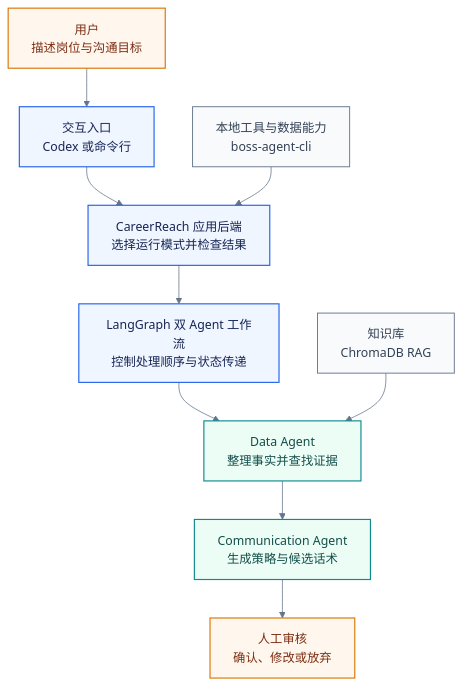
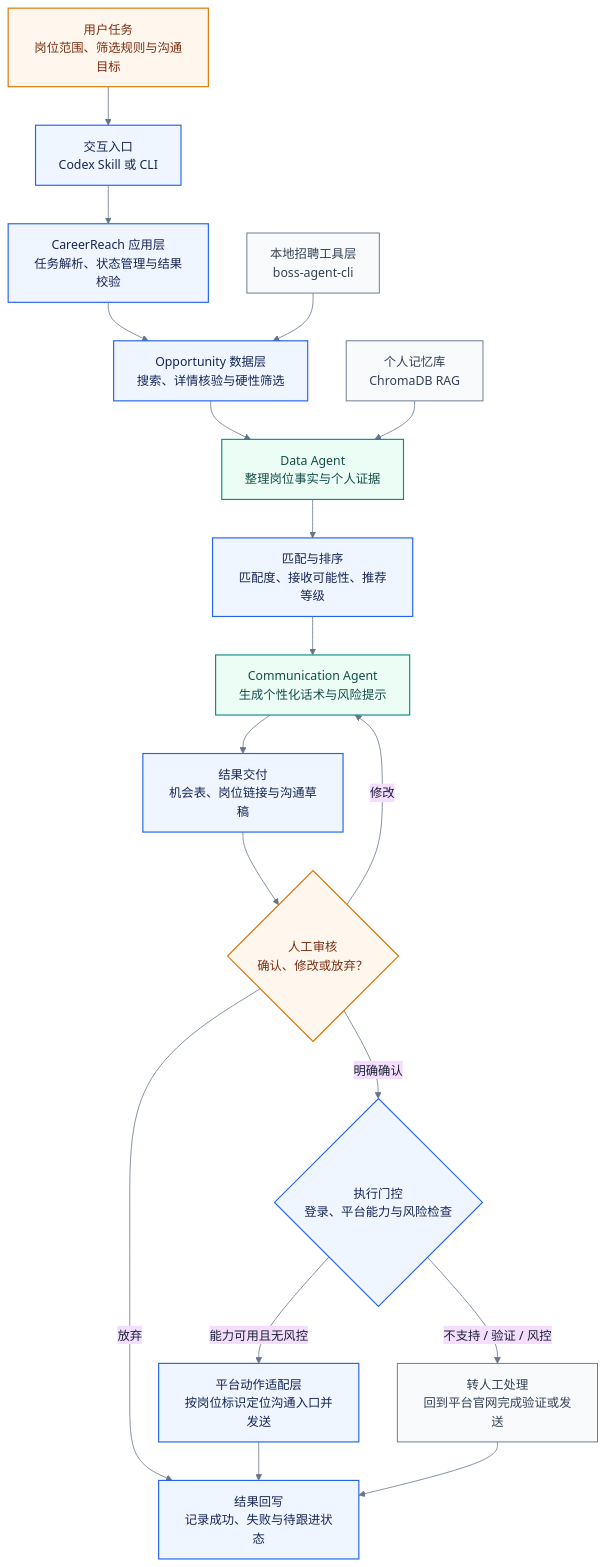
The first of 2 diagrams in README.md (zhouhan815/CareerReach-AI), drawn with Mermaid before and after one commit. The commit also changed other lines of this file, not shown here.

````diff
--- a/README.md
+++ b/README.md
@@ -111,29 +133,39 @@
 ```mermaid
 %%{init: {"theme":"base","themeVariables":{"fontSize":"16px","fontFamily":"Arial, sans-serif","primaryTextColor":"#172033","lineColor":"#64748B"}}}%%
 flowchart TB
-    USER["用户<br/>描述岗位与沟通目标"]
-    ENTRY["交互入口<br/>Codex 或命令行"]
-    APP["CareerReach 应用后端<br/>选择运行模式并检查结果"]
-    FLOW["LangGraph 双 Agent 工作流<br/>控制处理顺序与状态传递"]
-    DATA["Data Agent<br/>整理事实并查找证据"]
-    COMM["Communication Agent<br/>生成策略与候选话术"]
-    REVIEW["人工审核<br/>确认、修改或放弃"]
+    USER["用户任务<br/>岗位范围、筛选规则与沟通目标"]
+    ENTRY["交互入口<br/>Codex Skill 或 CLI"]
+    ORCH["CareerReach 应用层<br/>任务解析、状态管理与结果校验"]
+    DISCOVERY["Opportunity 数据层<br/>搜索、详情核验与硬性筛选"]
+    DATA["Data Agent<br/>整理岗位事实与个人证据"]
+    MATCH["匹配与排序<br/>匹配度、接收可能性、推荐等级"]
+    COMM["Communication Agent<br/>生成个性化话术与风险提示"]
+    OUTPUT["结果交付<br/>机会表、岗位链接与沟通草稿"]
+    REVIEW{"人工审核<br/>确认、修改或放弃？"}
+    GATE{"执行门控<br/>登录、平台能力与风险检查"}
+    ACTION["平台动作适配层<br/>按岗位标识定位沟通入口并发送"]
+    MANUAL["转人工处理<br/>回到平台官网完成验证或发送"]
+    LOG["结果回写<br/>记录成功、失败与待跟进状态"]
 
-    TOOL["本地工具与数据能力<br/>boss-agent-cli"]
-    RAG["知识库<br/>ChromaDB RAG"]
+    TOOL["本地招聘工具层<br/>boss-agent-cli"]
+    RAG["个人记忆库<br/>ChromaDB RAG"]
 
-    USER --> ENTRY --> APP --> FLOW
-    FLOW --> DATA --> COMM --> REVIEW
-    TOOL --> APP
+    USER --> ENTRY --> ORCH --> DISCOVERY --> DATA --> MATCH --> COMM --> OUTPUT --> REVIEW
+    TOOL --> DISCOVERY
     RAG --> DATA
+    REVIEW -- "修改" --> COMM
+    REVIEW -- "放弃" --> LOG
+    REVIEW -- "明确确认" --> GATE
+    GATE -- "能力可用且无风控" --> ACTION --> LOG
+    GATE -- "不支持 / 验证 / 风控" --> MANUAL --> LOG
 
     classDef person fill:#FFF7ED,stroke:#D97706,color:#7C2D12,stroke-width:1.5px;
     classDef app fill:#EFF6FF,stroke:#2563EB,color:#172554,stroke-width:1.5px;
     classDef agent fill:#ECFDF5,stroke:#0F8B8D,color:#134E4A,stroke-width:1.5px;
     classDef support fill:#F8FAFC,stroke:#64748B,color:#334155,stroke-width:1.2px;
 
     class USER,REVIEW person;
-    class ENTRY,APP,FLOW app;
+    class ENTRY,ORCH,DISCOVERY,MATCH,OUTPUT,GATE,ACTION,LOG app;
     class DATA,COMM agent;
-    class TOOL,RAG support;
+    class TOOL,RAG,MANUAL support;
 ```
````
